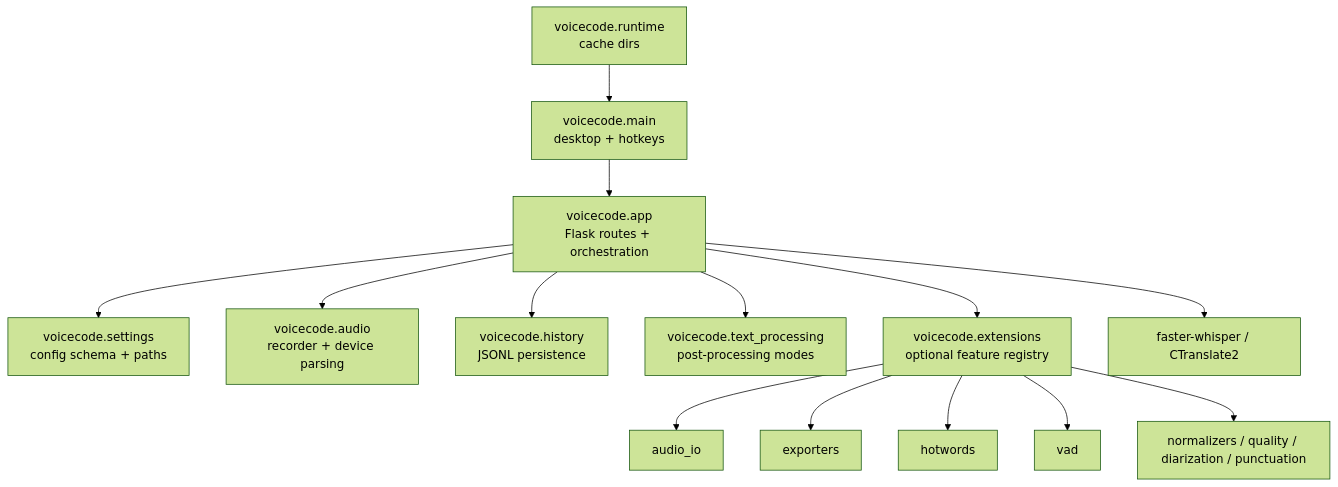
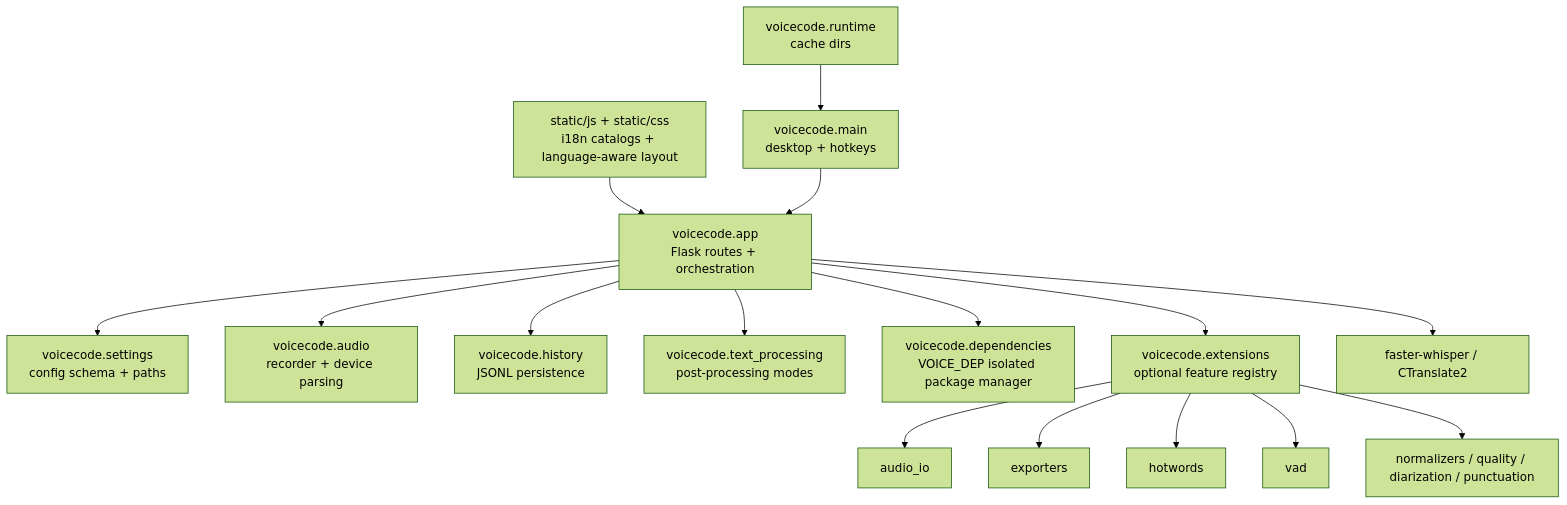
The diagram in docs/MODULES.md (learnerbruse1/voicecode), drawn with Mermaid (forest theme) before and after one commit. The commit also changed other lines of this file and 28 other files, not shown here.

````diff
--- a/docs/MODULES.md
+++ b/docs/MODULES.md
@@ -5,16 +5,18 @@
 ```mermaid
 flowchart TD
   API["voicecode.app\nFlask routes + orchestration"] --> Settings["voicecode.settings\nconfig schema + paths"]
   API --> Audio["voicecode.audio\nrecorder + device parsing"]
   API --> History["voicecode.history\nJSONL persistence"]
   API --> Text["voicecode.text_processing\npost-processing modes"]
+  API --> Deps["voicecode.dependencies\nVOICE_DEP isolated package manager"]
   API --> Ext["voicecode.extensions\noptional feature registry"]
+  UI["static/js + static/css\ni18n catalogs + language-aware layout"] --> API
   Ext --> AudioIO["audio_io"]
   Ext --> Exporters["exporters"]
   Ext --> Hotwords["hotwords"]
   Ext --> Vad["vad"]
   Ext --> Normalizers["normalizers / quality / diarization / punctuation"]
   API --> Whisper["faster-whisper / CTranslate2"]
   Main["voicecode.main\ndesktop + hotkeys"] --> API
   Runtime["voicecode.runtime\ncache dirs"] --> Main
 ```
````
